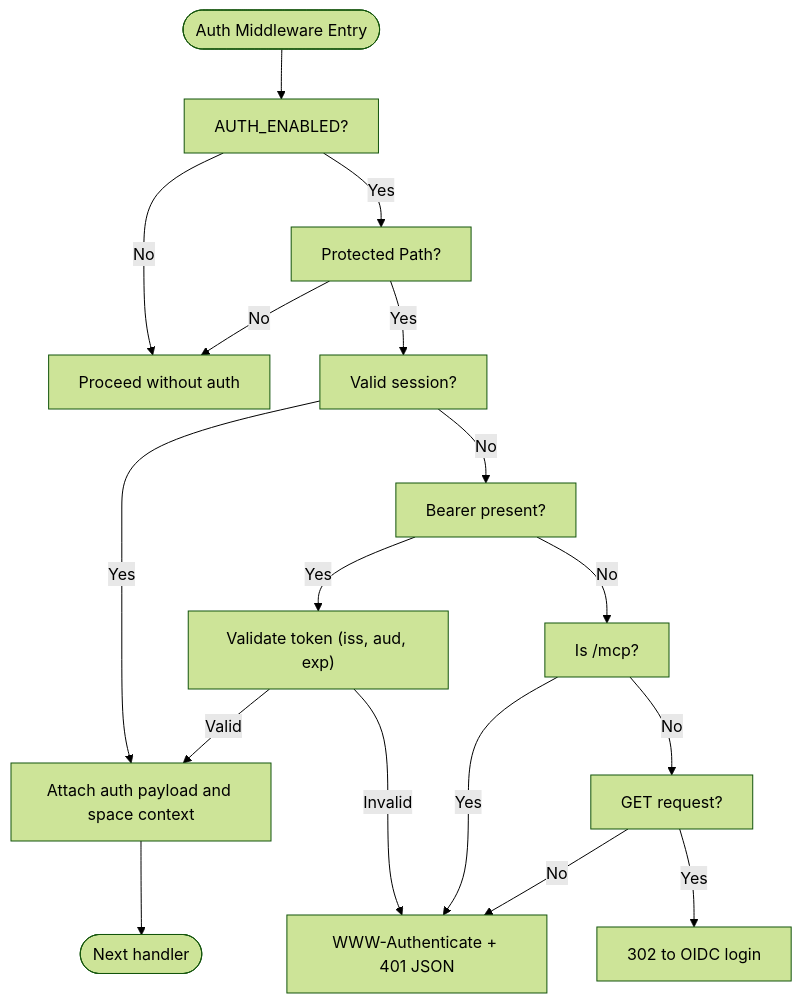
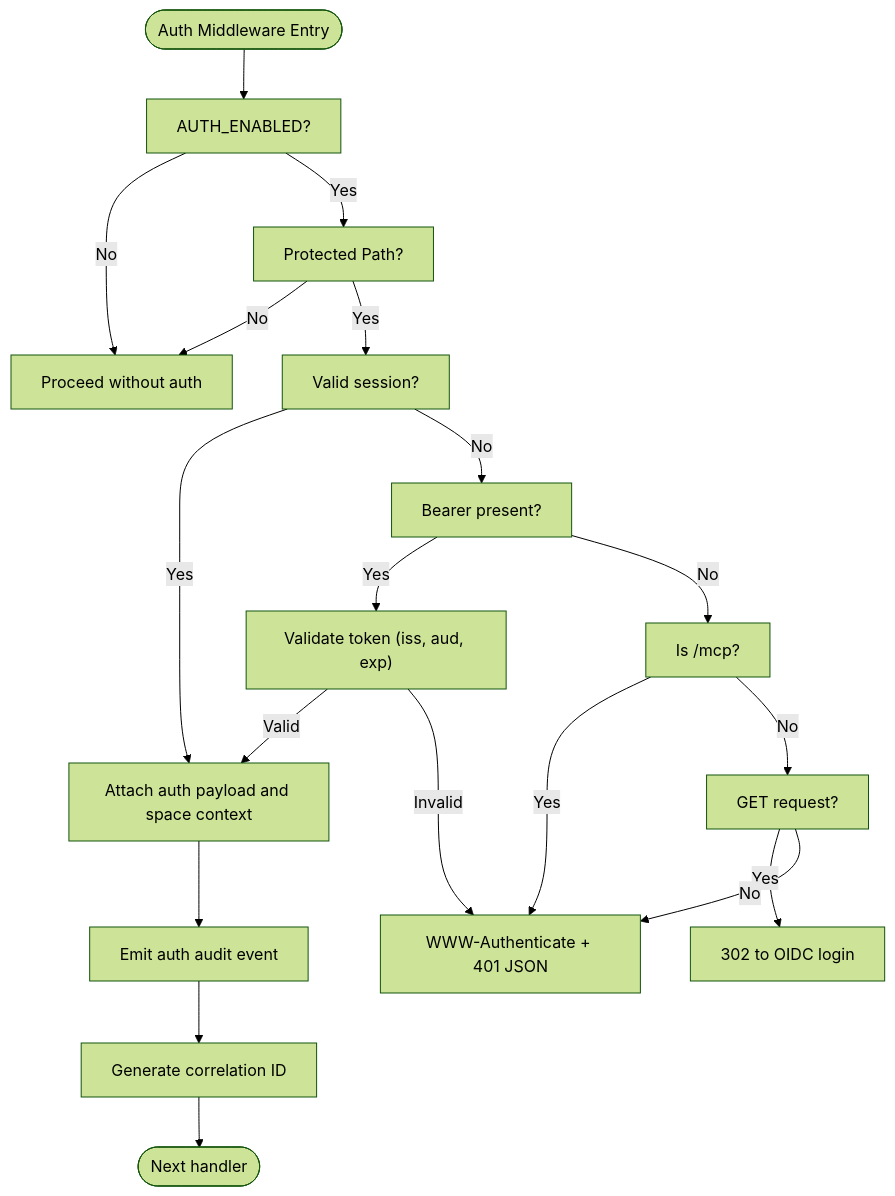
Before and after one commit to debian777/kairos-mcp: the third of 5 diagrams in .qoder/repowiki/en/content/Security Considerations.md, drawn with Mermaid (forest theme). The commit also changed other lines of this file and 44 other files, not shown here.

````diff
--- a/.qoder/repowiki/en/content/Security Considerations.md
+++ b/.qoder/repowiki/en/content/Security Considerations.md
@@ -143,19 +184,21 @@
 ```mermaid
 flowchart TD
 Start(["Auth Middleware Entry"]) --> CheckEnabled["AUTH_ENABLED?"]
 CheckEnabled --> |No| Allow["Proceed without auth"]
 CheckEnabled --> |Yes| Protected["Protected Path?"]
 Protected --> |No| Allow
 Protected --> |Yes| HasSession["Valid session?"]
 HasSession --> |Yes| AttachCtx["Attach auth payload and space context"]
 HasSession --> |No| HasBearer["Bearer present?"]
 HasBearer --> |Yes| ValidateBearer["Validate token (iss, aud, exp)"]
 ValidateBearer --> |Valid| AttachCtx
 ValidateBearer --> |Invalid| WWWAuth["WWW-Authenticate + 401 JSON"]
 HasBearer --> |No| IsMCP["Is /mcp?"]
 IsMCP --> |Yes| WWWAuth
 IsMCP --> |No| IsGET["GET request?"]
 IsGET --> |Yes| Redirect["302 to OIDC login"]
 IsGET --> |No| WWWAuth
-AttachCtx --> End(["Next handler"])
+AttachCtx --> EmitAudit["Emit auth audit event"]
+EmitAudit --> Correlation["Generate correlation ID"]
+Correlation --> End(["Next handler"])
 ```
````
